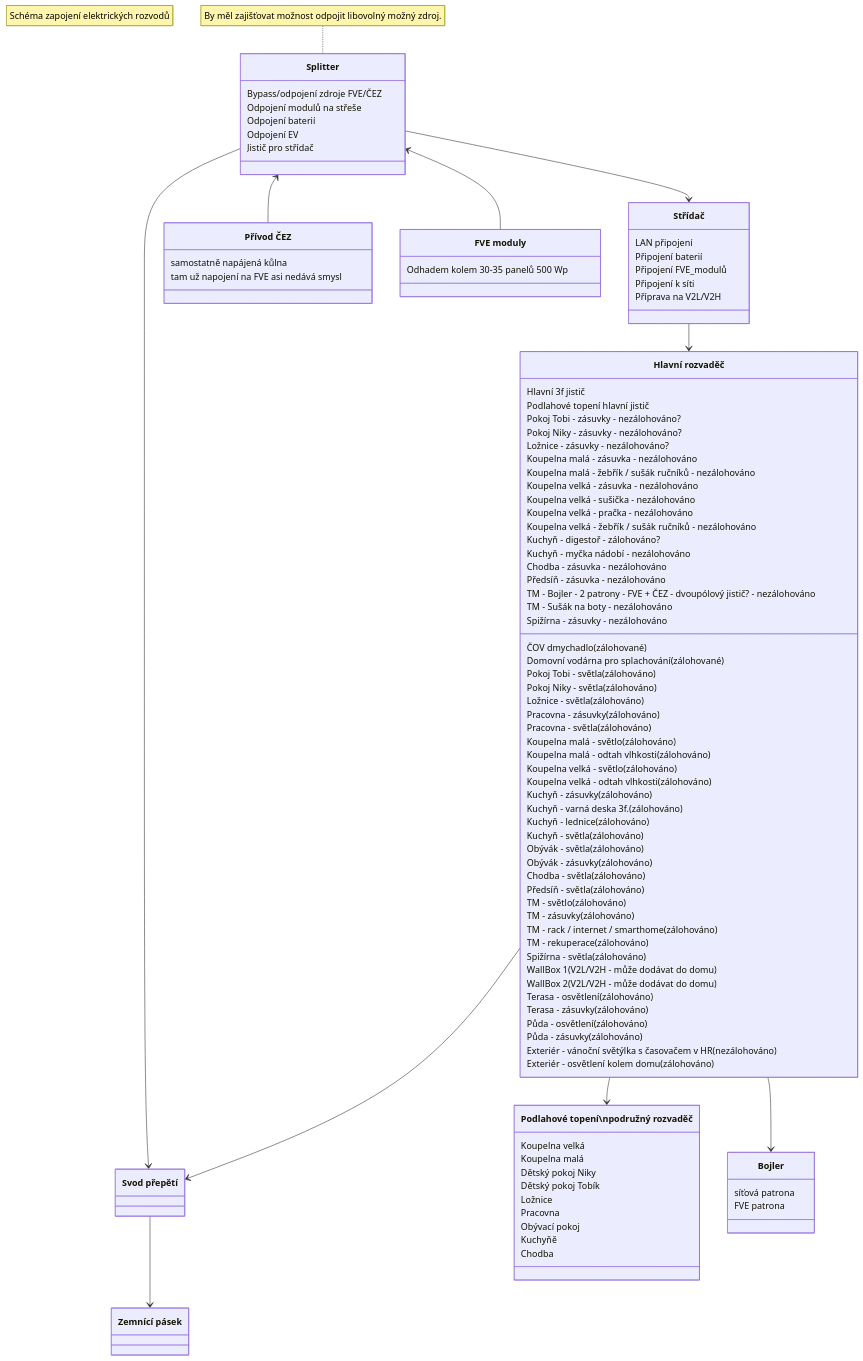
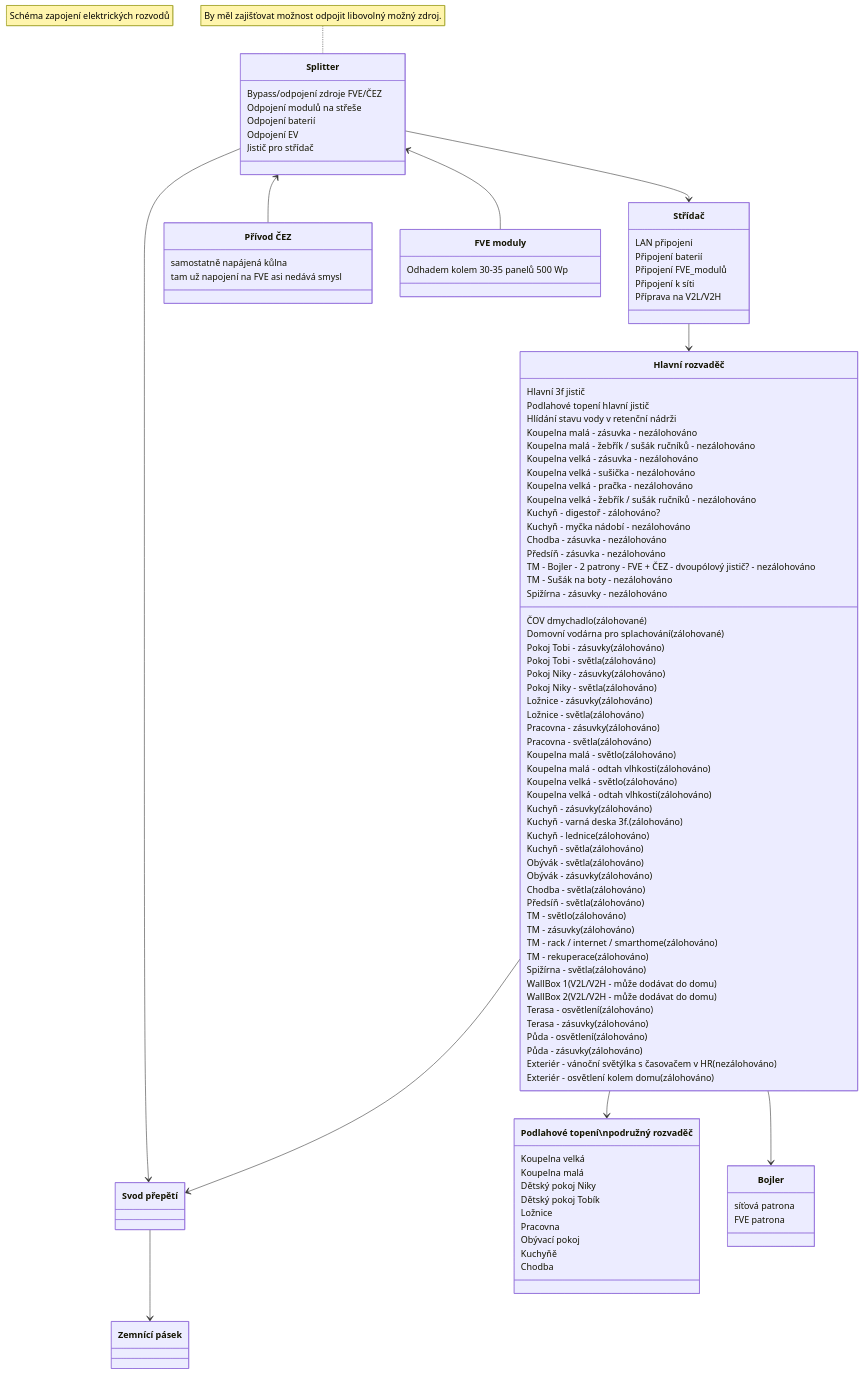
One commit to mtrakal/smrci changed the first of 2 diagrams in Elektrika.md. Above: the diagram before and after it, drawn with Mermaid. The commit also changed 7 other files, not shown here.

```diff
--- a/Elektrika.md
+++ b/Elektrika.md
@@ -56,14 +56,15 @@
     
     ČOV dmychadlo (zálohované)
     Domovní vodárna pro splachování (zálohované)
+    Hlídání stavu vody v retenční nádrži
     
-    Pokoj Tobi - zásuvky - nezálohováno?
+    Pokoj Tobi - zásuvky (zálohováno)
     Pokoj Tobi - světla (zálohováno)
     
-    Pokoj Niky - zásuvky - nezálohováno?
+    Pokoj Niky - zásuvky (zálohováno)
     Pokoj Niky - světla (zálohováno)
 
-    Ložnice - zásuvky - nezálohováno?
+    Ložnice - zásuvky (zálohováno)
     Ložnice - světla (zálohováno)
 
     Pracovna - zásuvky (zálohováno)
```
